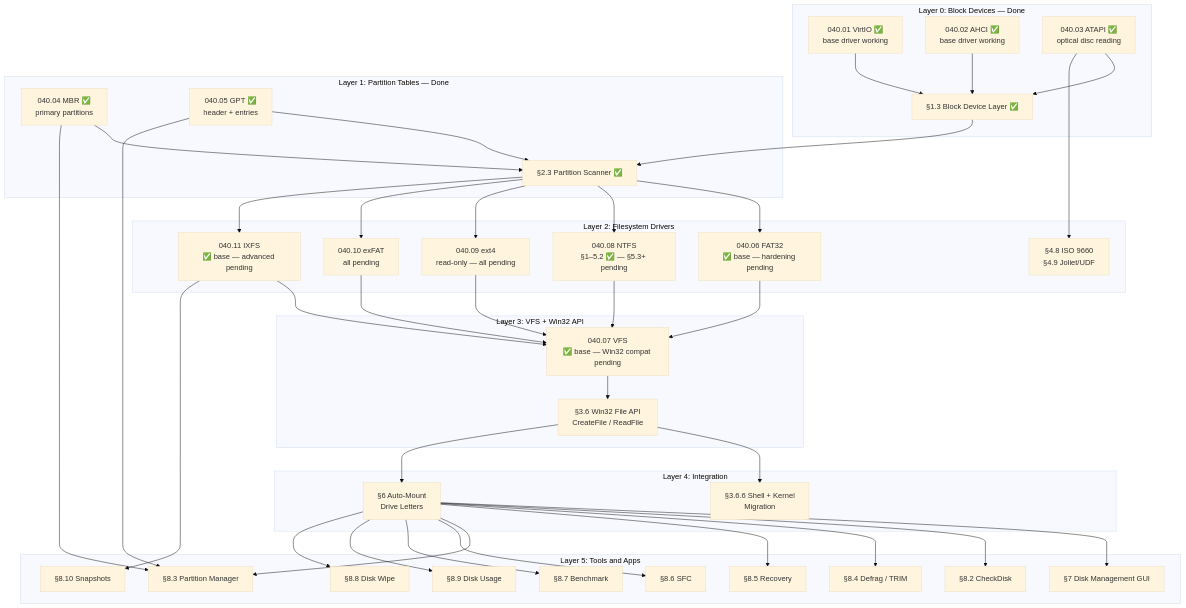
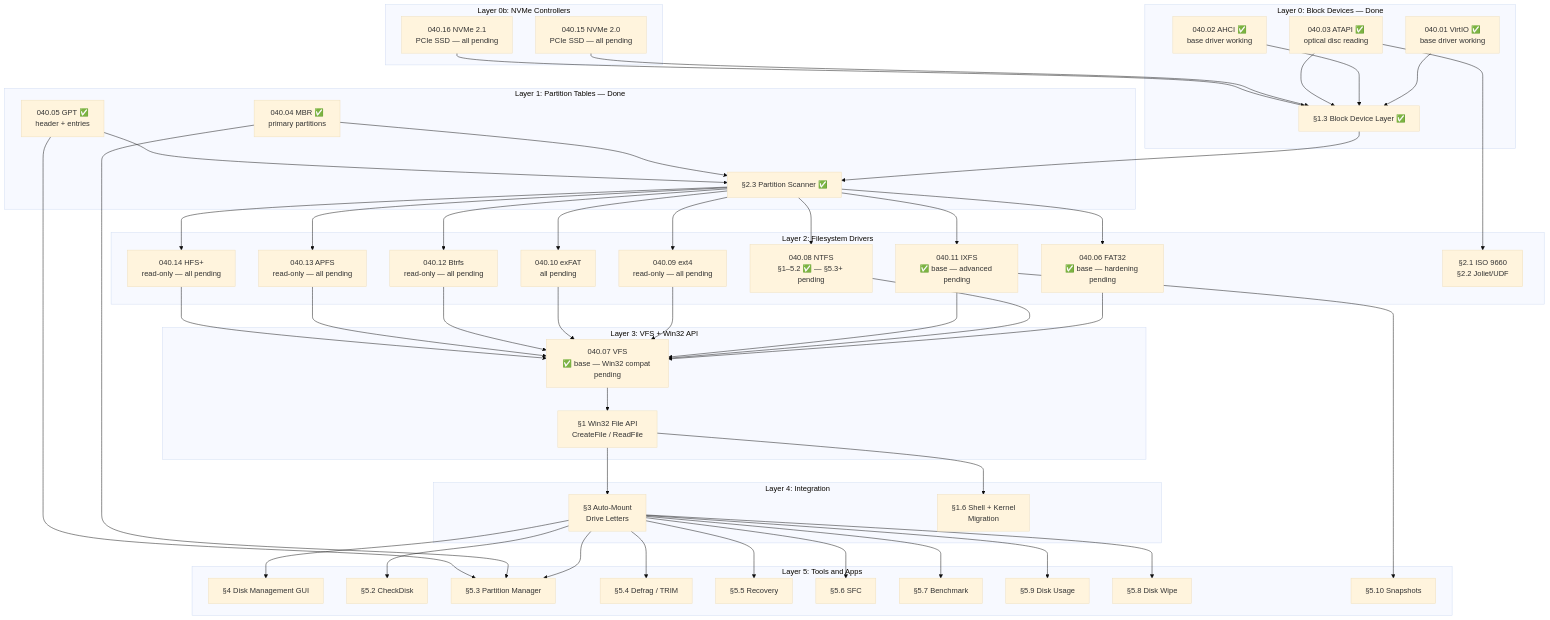
Before and after one commit to rizonesoft/impossible-os: the diagram in todo/010-Kernel-Foundations/TODO-040-Filesystem.md, drawn with Mermaid (base theme). The commit also changed other lines of this file and 1 other file, not shown here.

```diff
--- a/todo/010-Kernel-Foundations/TODO-040-Filesystem.md
+++ b/todo/010-Kernel-Foundations/TODO-040-Filesystem.md
@@ -53,36 +53,44 @@
         PARTSCAN["§2.3 Partition Scanner ✅"]
     end
 
+    subgraph "Layer 0b: NVMe Controllers"
+        NVME20["040.15 NVMe 2.0<br/>PCIe SSD — all pending"]
+        NVME21["040.16 NVMe 2.1<br/>PCIe SSD — all pending"]
+    end
+
     subgraph "Layer 2: Filesystem Drivers"
         FAT32["040.06 FAT32<br/>✅ base — hardening pending"]
         NTFS["040.08 NTFS<br/>§1–5.2 ✅ — §5.3+ pending"]
         EXT4["040.09 ext4<br/>read-only — all pending"]
         EXFAT["040.10 exFAT<br/>all pending"]
         IXFS["040.11 IXFS<br/>✅ base — advanced pending"]
-        ISO["§4.8 ISO 9660<br/>§4.9 Joliet/UDF"]
+        BTRFS["040.12 Btrfs<br/>read-only — all pending"]
+        APFS["040.13 APFS<br/>read-only — all pending"]
+        HFSPLUS["040.14 HFS+<br/>read-only — all pending"]
+        ISO["§2.1 ISO 9660<br/>§2.2 Joliet/UDF"]
     end
 
     subgraph "Layer 3: VFS + Win32 API"
         VFS["040.07 VFS<br/>✅ base — Win32 compat pending"]
-        WIN32API["§3.6 Win32 File API<br/>CreateFile / ReadFile"]
+        WIN32API["§1 Win32 File API<br/>CreateFile / ReadFile"]
     end
 
     subgraph "Layer 4: Integration"
-        AUTOMOUNT["§6 Auto-Mount<br/>Drive Letters"]
-        MIGRATE["§3.6.6 Shell + Kernel<br/>Migration"]
+        AUTOMOUNT["§3 Auto-Mount<br/>Drive Letters"]
+        MIGRATE["§1.6 Shell + Kernel<br/>Migration"]
     end
 
     subgraph "Layer 5: Tools and Apps"
-        DISKMGR["§7 Disk Management GUI"]
-        CHKDSK["§8.2 CheckDisk"]
-        PARTMGR["§8.3 Partition Manager"]
-        DEFRAG["§8.4 Defrag / TRIM"]
-        RECOVER["§8.5 Recovery"]
-        SFC["§8.6 SFC"]
-        BENCH["§8.7 Benchmark"]
-        DISKUSE["§8.9 Disk Usage"]
-        WIPE["§8.8 Disk Wipe"]
-        SNAP["§8.10 Snapshots"]
+        DISKMGR["§4 Disk Management GUI"]
+        CHKDSK["§5.2 CheckDisk"]
+        PARTMGR["§5.3 Partition Manager"]
+        DEFRAG["§5.4 Defrag / TRIM"]
+        RECOVER["§5.5 Recovery"]
+        SFC["§5.6 SFC"]
+        BENCH["§5.7 Benchmark"]
+        DISKUSE["§5.9 Disk Usage"]
+        WIPE["§5.8 Disk Wipe"]
+        SNAP["§5.10 Snapshots"]
     end
 
     %% Layer 0 → Layer 1
@@ -93,12 +101,19 @@
     MBR --> PARTSCAN
     GPT --> PARTSCAN
 
+    %% NVMe → Block Device Layer
+    NVME20 --> BLKDEV
+    NVME21 --> BLKDEV
+
     %% Layer 1 → Layer 2
     PARTSCAN --> FAT32
     PARTSCAN --> NTFS
     PARTSCAN --> EXT4
     PARTSCAN --> EXFAT
     PARTSCAN --> IXFS
+    PARTSCAN --> BTRFS
+    PARTSCAN --> APFS
+    PARTSCAN --> HFSPLUS
     ATAPI --> ISO
 
     %% Layer 2 → Layer 3
@@ -107,6 +122,9 @@
     IXFS --> VFS
     EXT4 --> VFS
     EXFAT --> VFS
+    BTRFS --> VFS
+    APFS --> VFS
+    HFSPLUS --> VFS
     VFS --> WIN32API
 
     %% Layer 3 → Layer 4
```
